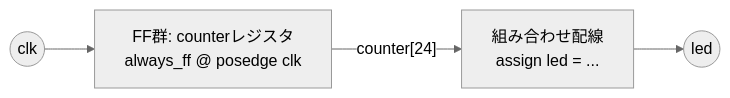
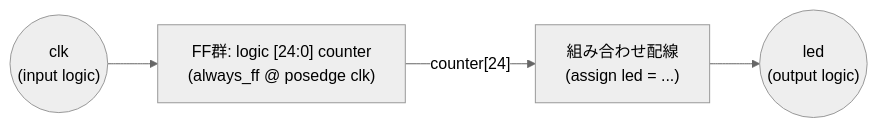
Before and after one commit to sokoide/tangnano_6502_cpu: the third of 3 diagrams in day01/README_ja.md, drawn with Mermaid (neutral theme). The commit also changed other lines of this file and 23 other files, not shown here.

````diff
--- a/day01/README_ja.md
+++ b/day01/README_ja.md
@@ -166,6 +166,6 @@
 ```mermaid
 flowchart LR
-  CLK((clk)) --> FF["FF群: counterレジスタ<br/>always_ff @ posedge clk"]
-  FF -->|"counter[24]"| COMB["組み合わせ配線<br/>assign led = ..."]
-  COMB --> LED((led))
+  CLK(("clk<br/>(input logic)")) --> FF["FF群: logic [24:0] counter<br/>(always_ff @ posedge clk)"]
+  FF -->|"counter[24]"| COMB["組み合わせ配線<br/>(assign led = ...)"]
+  COMB --> LED(("led<br/>(output logic)"))
 ```
````
